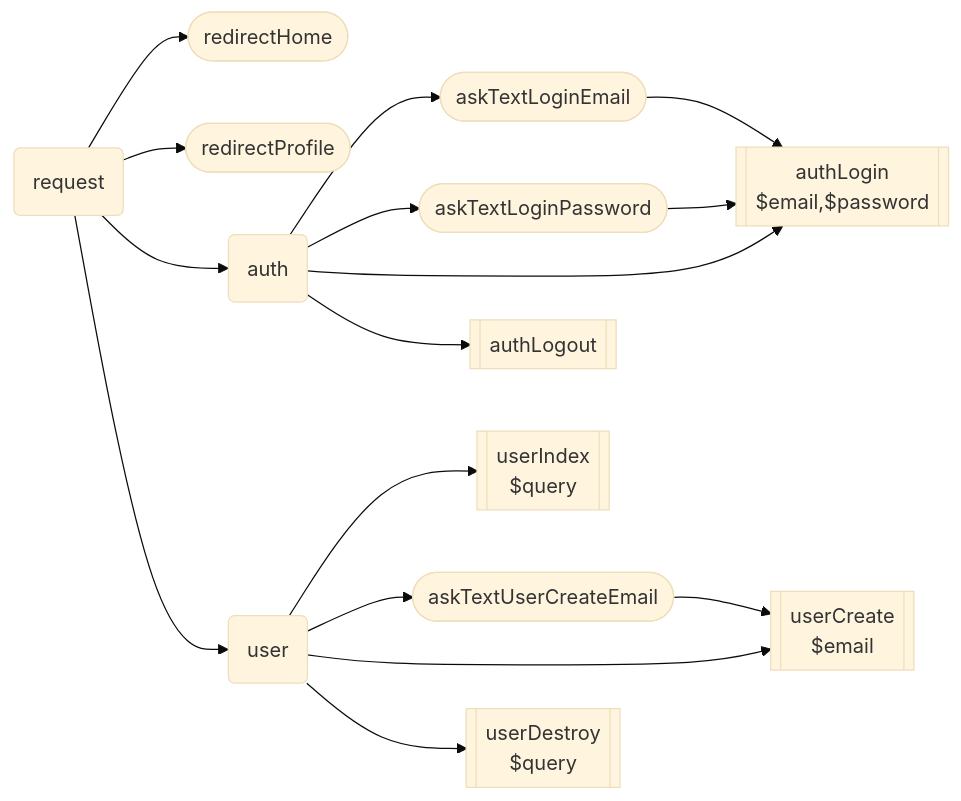
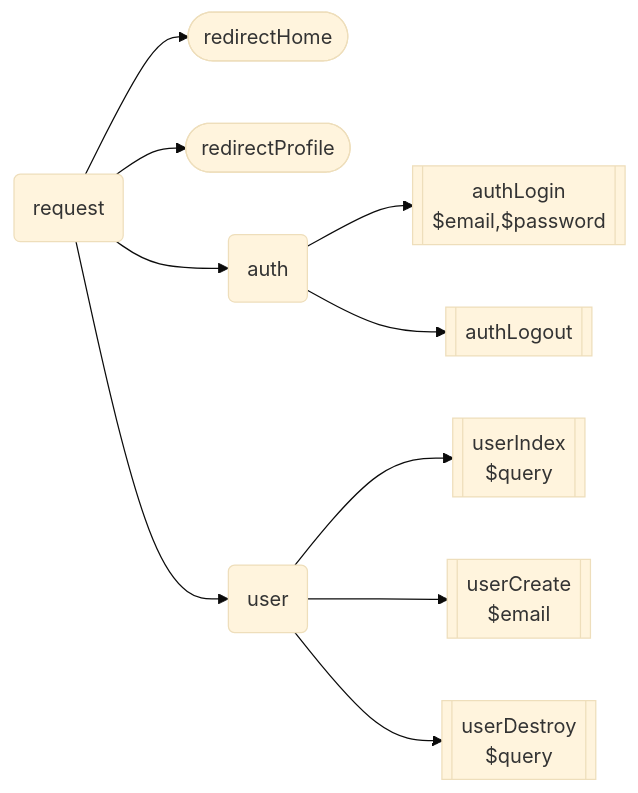
The diagram in resources/agent/flowchart.md (blocs/admin), drawn with Mermaid (base theme) before and after one commit. The commit also changed 1 other file, not shown here.

Commit message:
refactor

````diff
--- a/resources/agent/flowchart.md
+++ b/resources/agent/flowchart.md
@@ -1,22 +1,16 @@
 ```mermaid
 flowchart LR
     request(request) --> Home([redirectHome])
         request --> Profile([redirectProfile])
     request --> auth(auth)
-        auth --> TextLoginEmail([askTextLoginEmail])
-        auth --> TextLoginPassword([askTextLoginPassword])
         auth --> Login[[authLogin
         $email,$password]]
-        TextLoginEmail --> Login
-        TextLoginPassword --> Login
         auth --> Logout[[authLogout]]
     request --> user(user)
         user --> User[[userIndex
         $query]]
-        user --> TextUserCreateEmail([askTextUserCreateEmail])
         user --> UserCreate[[userCreate
         $email]]
-        TextUserCreateEmail --> UserCreate
         user --> UserDestroy[[userDestroy
         $query]]
 ```
````
